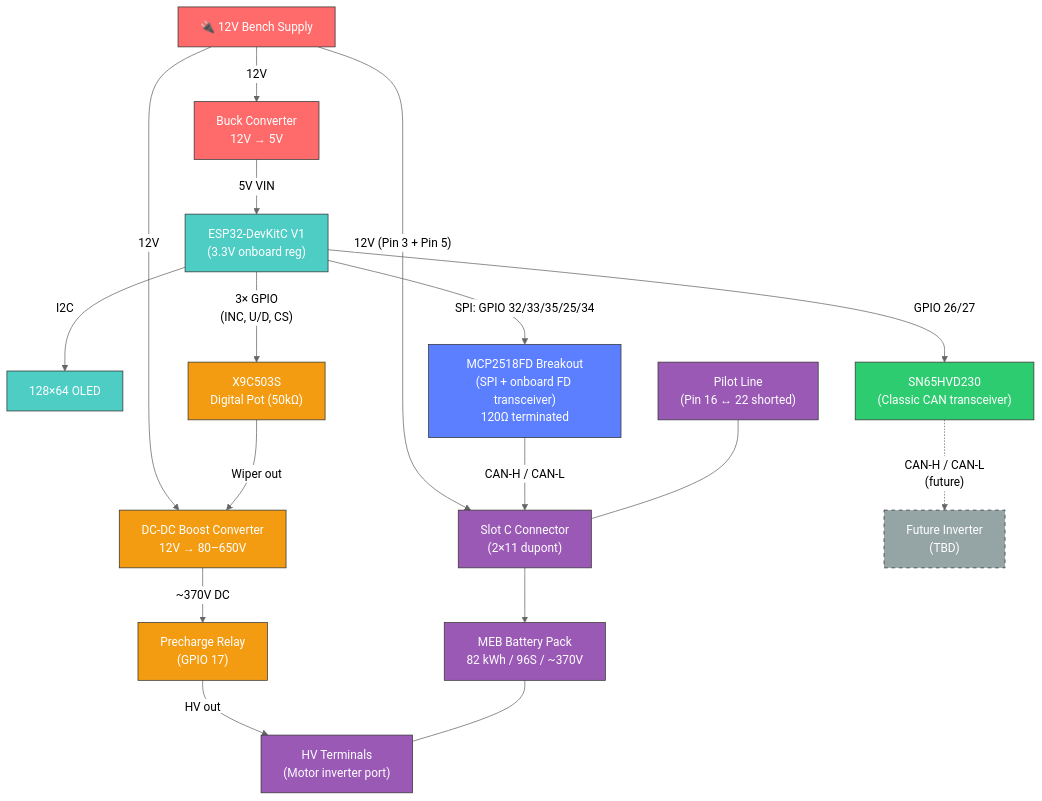
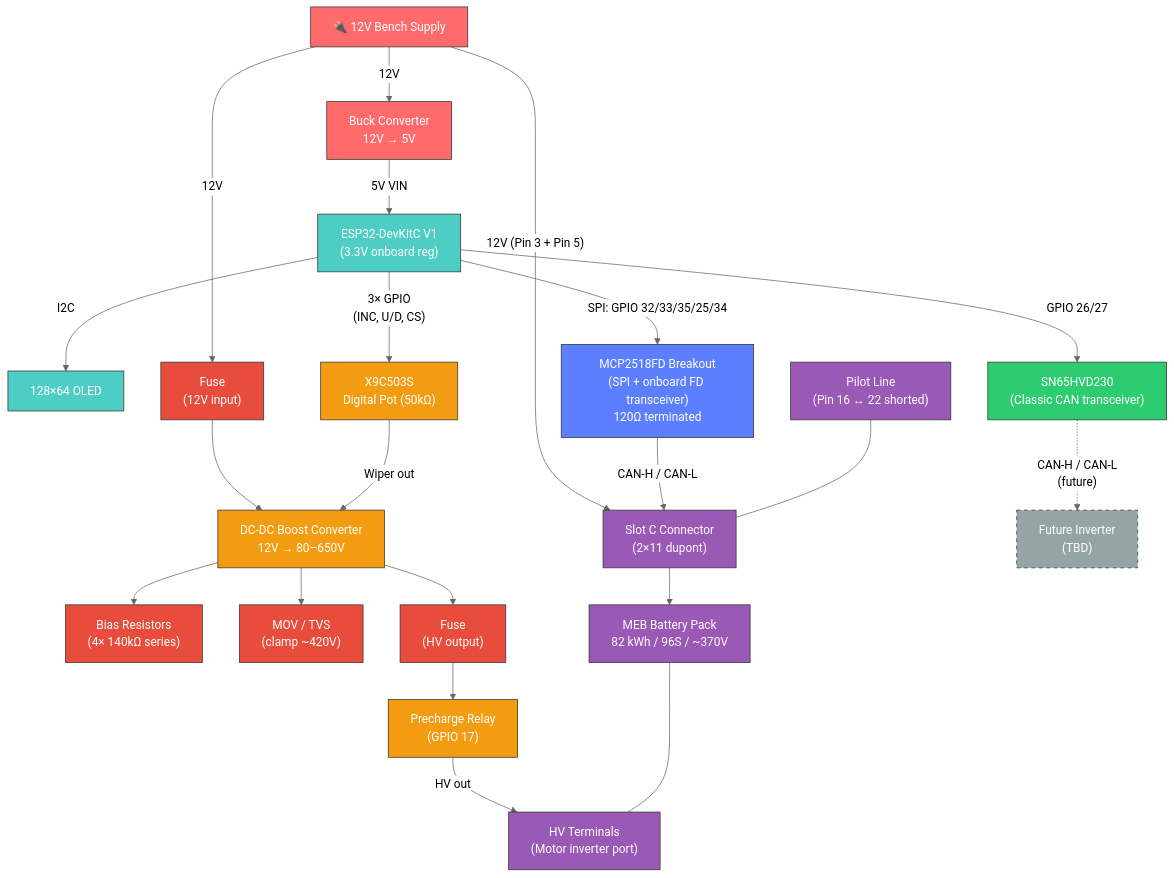
The first of 3 diagrams in docs/hardware/system-overview.md (FoodyFood/meb-battery-solar-storage), drawn with Mermaid (neutral theme) before and after one commit. The commit also changed other lines of this file, not shown here.

Commit message:
Update system overview with safety components and HV precharge detail diagram

````diff
--- a/docs/hardware/system-overview.md
+++ b/docs/hardware/system-overview.md
@@ -3,71 +3,80 @@
 ```mermaid
 graph TD
     %% ===== POWER SUPPLY =====
     BENCH["🔌 12V Bench Supply"]:::power
 
     %% ===== CONTROL SUBSYSTEM =====
     BUCK["Buck Converter<br/>12V → 5V"]:::power
     ESP["ESP32-DevKitC V1<br/>(3.3V onboard reg)"]:::controller
     OLED["128×64 OLED"]:::controller
 
     %% ===== CAN FD (BATTERY) =====
     MCP["MCP2518FD Breakout<br/>(SPI + onboard FD transceiver)<br/>120Ω terminated"]:::canfd
 
     %% ===== CAN CLASSIC (FUTURE INVERTER) =====
     SN65["SN65HVD230<br/>(Classic CAN transceiver)"]:::can
 
     %% ===== HV PRE-CHARGE =====
+    FUSE_IN["Fuse<br/>(12V input)"]:::safety
     DIGIPOT["X9C503S<br/>Digital Pot (50kΩ)"]:::precharge
     BOOST["DC-DC Boost Converter<br/>12V → 80–650V"]:::precharge
+    BIAS["Bias Resistors<br/>(4× 140kΩ series)"]:::safety
+    MOV["MOV / TVS<br/>(clamp ~420V)"]:::safety
+    FUSE_OUT["Fuse<br/>(HV output)"]:::safety
     RELAY["Precharge Relay<br/>(GPIO 17)"]:::precharge
 
     %% ===== BATTERY =====
     SLOTC["Slot C Connector<br/>(2×11 dupont)"]:::battery
     PILOT["Pilot Line<br/>(Pin 16 ↔ 22 shorted)"]:::battery
     BMS["MEB Battery Pack<br/>82 kWh / 96S / ~370V"]:::battery
     HVCONN["HV Terminals<br/>(Motor inverter port)"]:::battery
 
     %% ===== FUTURE =====
     INV["Future Inverter<br/>(TBD)"]:::future
 
-    %% ===== POWER CONNECTIONS (RED) =====
+    %% ===== POWER CONNECTIONS =====
     BENCH -->|"12V"| BUCK
-    BENCH -->|"12V"| BOOST
+    BENCH -->|"12V"| FUSE_IN
     BENCH -->|"12V (Pin 3 + Pin 5)"| SLOTC
     BUCK -->|"5V VIN"| ESP
+    FUSE_IN --> BOOST
 
-    %% ===== SPI BUS (PURPLE) =====
+    %% ===== SPI BUS =====
     ESP -->|"SPI: GPIO 32/33/35/25/34"| MCP
 
-    %% ===== CAN FD BUS (BLUE) =====
+    %% ===== CAN FD BUS =====
     MCP -->|"CAN-H / CAN-L"| SLOTC
 
-    %% ===== CAN CLASSIC (GREEN) =====
+    %% ===== CAN CLASSIC =====
     ESP -->|"GPIO 26/27"| SN65
     SN65 -.->|"CAN-H / CAN-L<br/>(future)"| INV
 
-    %% ===== DIGIPOT CONTROL (ORANGE) =====
+    %% ===== DIGIPOT CONTROL =====
     ESP -->|"3× GPIO<br/>(INC, U/D, CS)"| DIGIPOT
     DIGIPOT -->|"Wiper out"| BOOST
 
-    %% ===== PRECHARGE HV PATH (RED DASHED) =====
-    BOOST -->|"~370V DC"| RELAY
+    %% ===== PRECHARGE HV PATH =====
+    BOOST --> BIAS
+    BOOST --> MOV
+    BOOST --> FUSE_OUT
+    FUSE_OUT --> RELAY
     RELAY -->|"HV out"| HVCONN
 
     %% ===== BATTERY INTERNALS =====
     SLOTC --> BMS
     PILOT --- SLOTC
     BMS --- HVCONN
 
     %% ===== DISPLAY =====
     ESP -->|"I2C"| OLED
 
     %% ===== STYLES =====
     classDef power fill:#ff6b6b,stroke:#333,color:#fff
     classDef controller fill:#4ecdc4,stroke:#333,color:#fff
     classDef canfd fill:#5b7fff,stroke:#333,color:#fff
     classDef can fill:#2ecc71,stroke:#333,color:#fff
     classDef precharge fill:#f39c12,stroke:#333,color:#fff
     classDef battery fill:#9b59b6,stroke:#333,color:#fff
     classDef future fill:#95a5a6,stroke:#333,color:#fff,stroke-dasharray: 5 5
+    classDef safety fill:#e74c3c,stroke:#333,color:#fff
 ```
````
